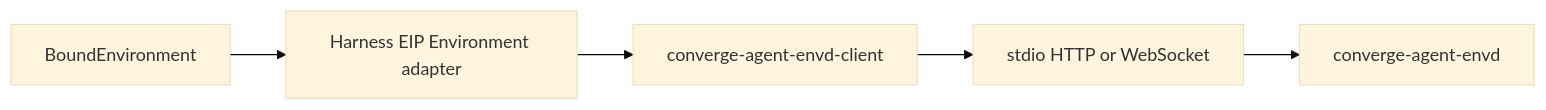
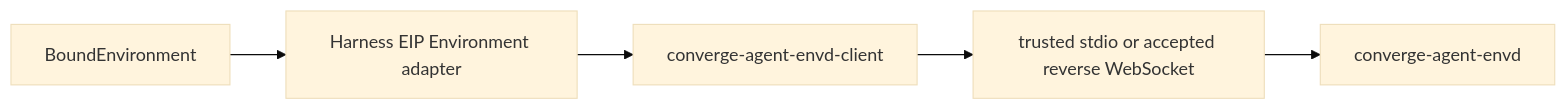
One commit to LTThreeComma/agent-foundation changed the second of 2 diagrams in spec/agent-envd/08-protocol-source-client-and-generation.md. Above: the diagram before and after it, drawn with Mermaid (base theme). The commit also changed other lines of this file and 150 other files, not shown here.

````diff
--- a/spec/agent-envd/08-protocol-source-client-and-generation.md
+++ b/spec/agent-envd/08-protocol-source-client-and-generation.md
@@ -152,7 +150,7 @@
 ```mermaid
 flowchart LR
     Bound[BoundEnvironment] --> Adapter[Harness EIP Environment adapter]
     Adapter --> Client[converge-agent-envd-client]
-    Client --> Transport[stdio HTTP or WebSocket]
+    Client --> Transport[trusted stdio or accepted reverse WebSocket]
     Transport --> Envd[converge-agent-envd]
 ```
````
